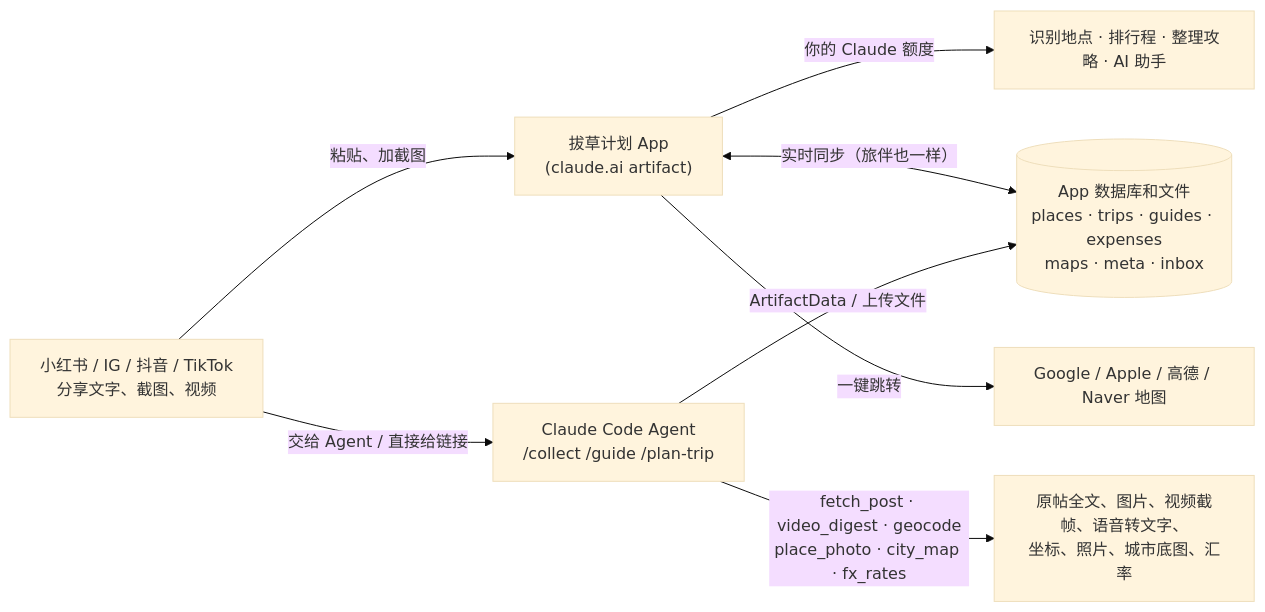
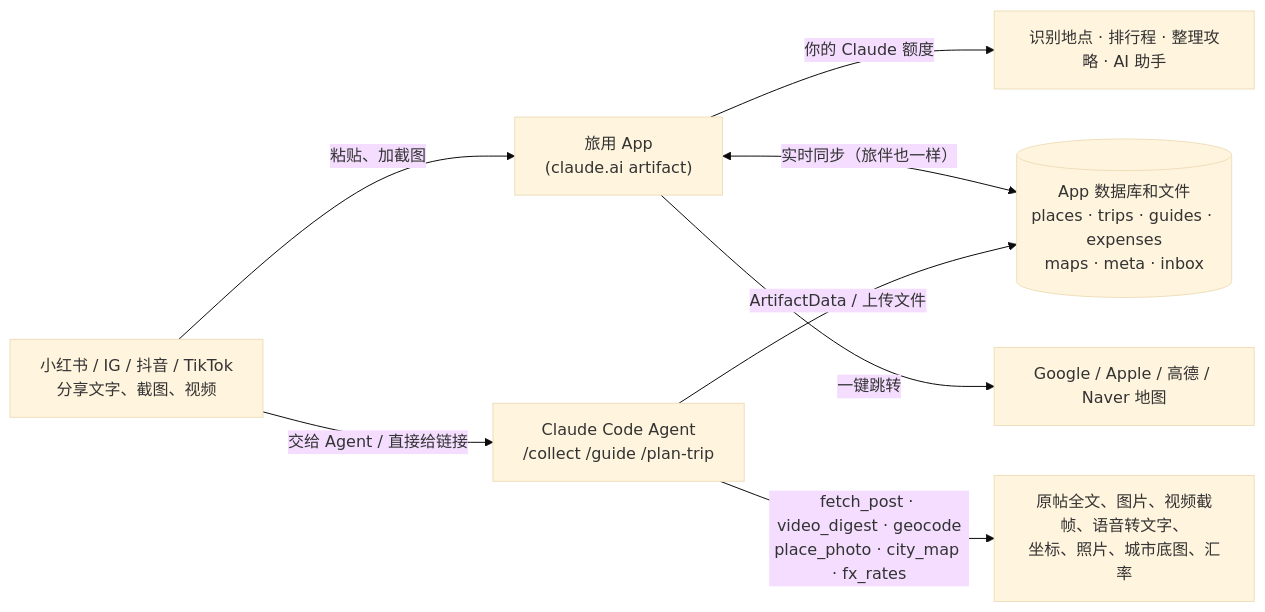
Before and after one commit to MShen0/Travel-Planner: the diagram in README.md, drawn with Mermaid (base theme). The commit also changed other lines of this file and 10 other files, not shown here.

````diff
--- a/README.md
+++ b/README.md
@@ -92,10 +92,10 @@
 ```mermaid
 flowchart LR
-  A["小红书 / IG / 抖音 / TikTok<br/>分享文字、截图、视频"] -->|粘贴、加截图| B["拔草计划 App<br/>(claude.ai artifact)"]
+  A["小红书 / IG / 抖音 / TikTok<br/>分享文字、截图、视频"] -->|粘贴、加截图| B["旅用 App<br/>(claude.ai artifact)"]
   A -->|"交给 Agent / 直接给链接"| C["Claude Code Agent<br/>/collect /guide /plan-trip"]
   C -->|"fetch_post · video_digest · geocode<br/>place_photo · city_map · fx_rates"| D["原帖全文、图片、视频截帧、语音转文字、<br/>坐标、照片、城市底图、汇率"]
   C -->|ArtifactData / 上传文件| E[("App 数据库和文件<br/>places · trips · guides · expenses<br/>maps · meta · inbox")]
   B <-->|实时同步（旅伴也一样）| E
   B -->|你的 Claude 额度| F["识别地点 · 排行程 · 整理攻略 · AI 助手"]
   B -->|一键跳转| G["Google / Apple / 高德 / Naver 地图"]
 ```
````
